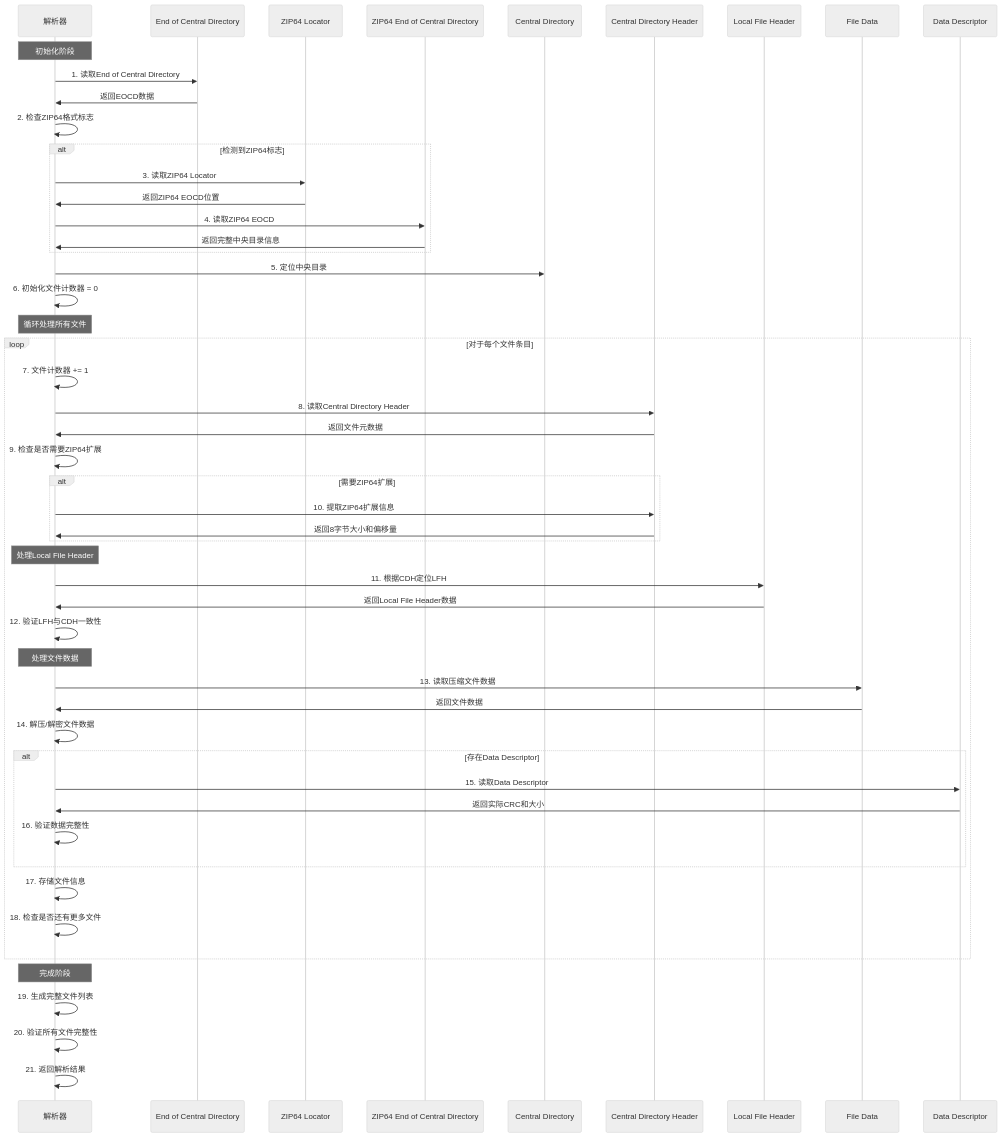
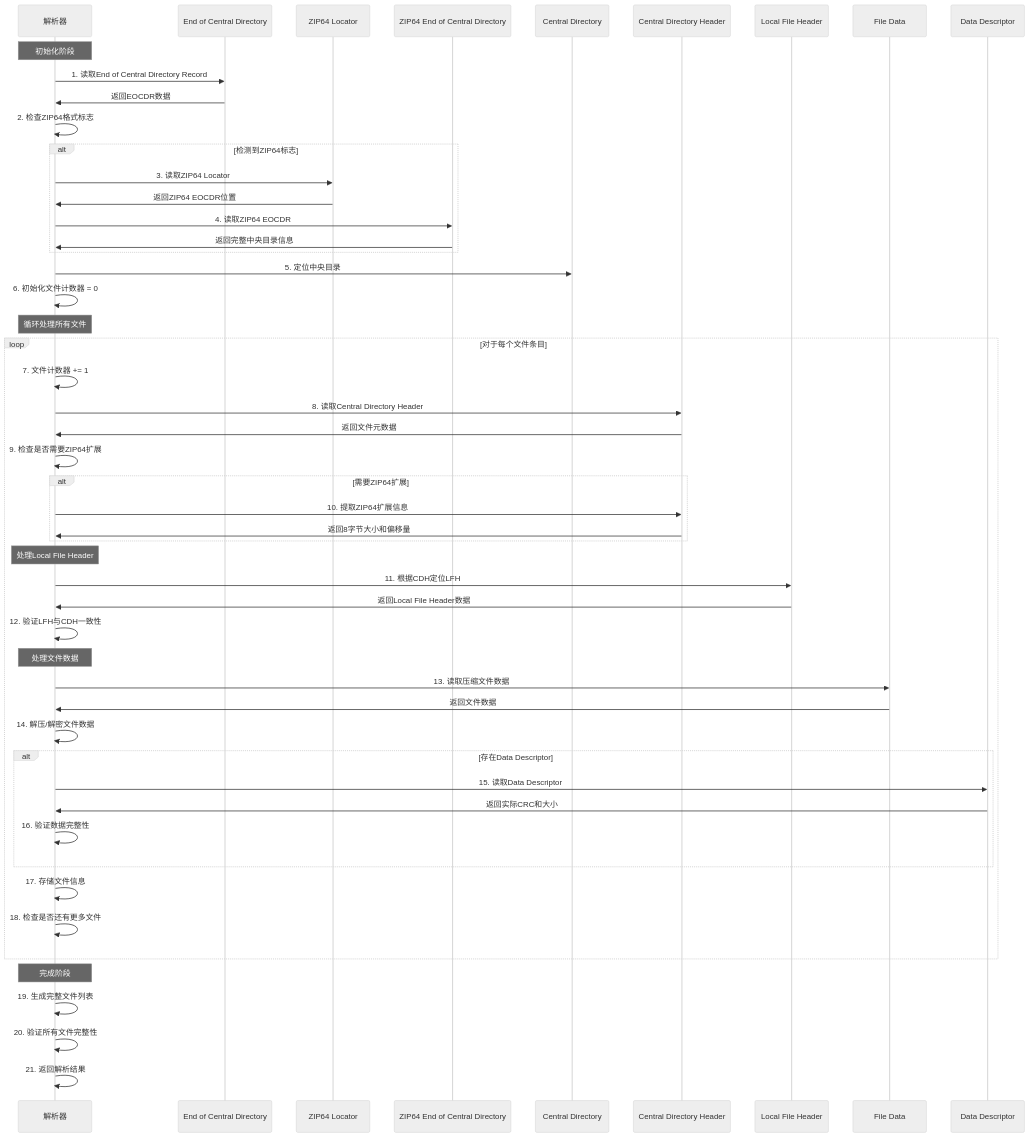
Before and after one commit to XingfenD/zip-diff: the third of 3 diagrams in notes/stage1/week2/stage1-week2.md, drawn with Mermaid (neutral theme). The commit also changed other lines of this file and 3 other files, not shown here.

````diff
--- a/notes/stage1/week2/stage1-week2.md
+++ b/notes/stage1/week2/stage1-week2.md
@@ -222,61 +222,61 @@
 ```mermaid
 sequenceDiagram
     participant 解析器
-    participant EOCD AS End of Central Directory
+    participant EOCDR AS End of Central Directory
     participant ZIP64Locator AS ZIP64 Locator
-    participant ZIP64EOCD AS ZIP64 End of Central Directory
+    participant ZIP64EOCDR AS ZIP64 End of Central Directory
     participant 中央目录 AS Central Directory
     participant CDH AS Central Directory Header
     participant LFH AS Local File Header
     participant 文件数据 AS File Data
     participant DD AS Data Descriptor
 
     Note over 解析器: 初始化阶段
-    解析器->>EOCD: 1. 读取End of Central Directory
-    EOCD->>解析器: 返回EOCD数据
+    解析器->>EOCDR: 1. 读取End of Central Directory Record
+    EOCDR->>解析器: 返回EOCDR数据
     解析器->>解析器: 2. 检查ZIP64格式标志
     alt 检测到ZIP64标志
         解析器->>ZIP64Locator: 3. 读取ZIP64 Locator
-        ZIP64Locator->>解析器: 返回ZIP64 EOCD位置
-        解析器->>ZIP64EOCD: 4. 读取ZIP64 EOCD
-        ZIP64EOCD->>解析器: 返回完整中央目录信息
+        ZIP64Locator->>解析器: 返回ZIP64 EOCDR位置
+        解析器->>ZIP64EOCDR: 4. 读取ZIP64 EOCDR
+        ZIP64EOCDR->>解析器: 返回完整中央目录信息
     end
     解析器->>中央目录: 5. 定位中央目录
     解析器->>解析器: 6. 初始化文件计数器 = 0
 
     Note over 解析器: 循环处理所有文件
     loop 对于每个文件条目
         解析器->>解析器: 7. 文件计数器 += 1
         解析器->>CDH: 8. 读取Central Directory Header
         CDH->>解析器: 返回文件元数据
         解析器->>解析器: 9. 检查是否需要ZIP64扩展
         alt 需要ZIP64扩展
             解析器->>CDH: 10. 提取ZIP64扩展信息
             CDH->>解析器: 返回8字节大小和偏移量
         end
 
         Note over 解析器: 处理Local File Header
         解析器->>LFH: 11. 根据CDH定位LFH
         LFH->>解析器: 返回Local File Header数据
         解析器->>解析器: 12. 验证LFH与CDH一致性
 
         Note over 解析器: 处理文件数据
         解析器->>文件数据: 13. 读取压缩文件数据
         文件数据->>解析器: 返回文件数据
         解析器->>解析器: 14. 解压/解密文件数据
 
         alt 存在Data Descriptor
             解析器->>DD: 15. 读取Data Descriptor
             DD->>解析器: 返回实际CRC和大小
             解析器->>解析器: 16. 验证数据完整性
         end
 
         解析器->>解析器: 17. 存储文件信息
         解析器->>解析器: 18. 检查是否还有更多文件
     end
 
     Note over 解析器: 完成阶段
     解析器->>解析器: 19. 生成完整文件列表
     解析器->>解析器: 20. 验证所有文件完整性
     解析器->>解析器: 21. 返回解析结果
 ```
````
